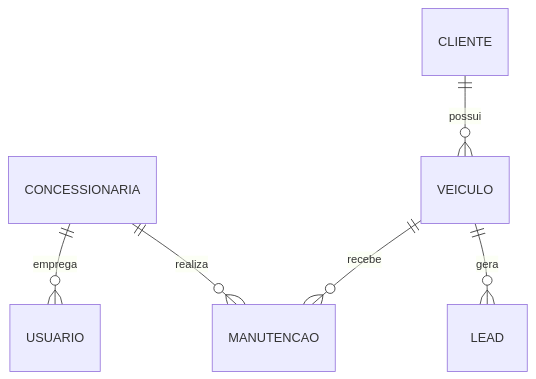
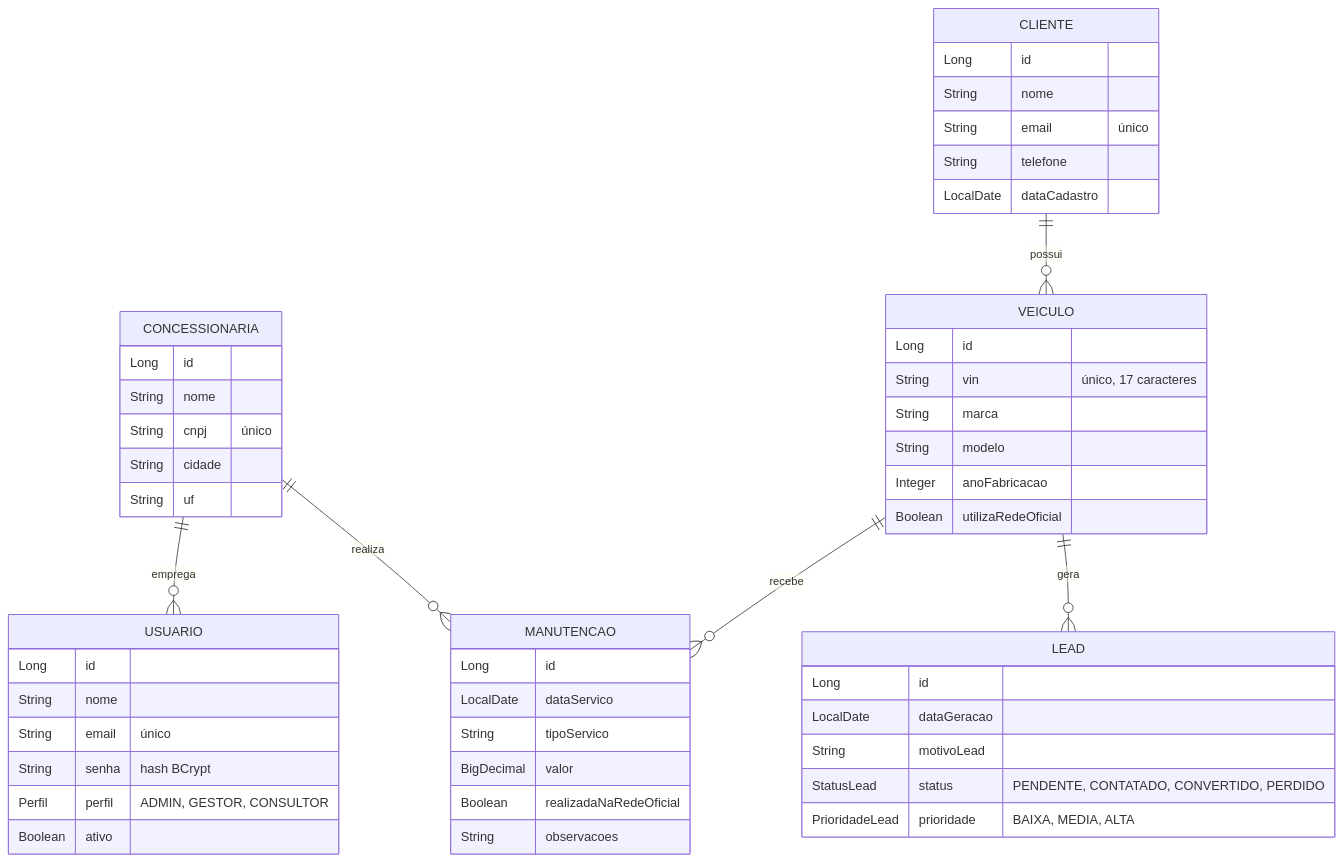
One commit to CezarBacanieski/challenge-java-soa changed the third of 3 diagrams in README.md. Above: the diagram before and after it, drawn with Mermaid. The commit also changed other lines of this file, not shown here.

````diff
--- a/README.md
+++ b/README.md
@@ -135,8 +245,54 @@
 ```mermaid
 erDiagram
     CONCESSIONARIA ||--o{ USUARIO : "emprega"
     CONCESSIONARIA ||--o{ MANUTENCAO : "realiza"
     CLIENTE ||--o{ VEICULO : "possui"
     VEICULO ||--o{ MANUTENCAO : "recebe"
     VEICULO ||--o{ LEAD : "gera"
+
+    CONCESSIONARIA {
+        Long id
+        String nome
+        String cnpj "único"
+        String cidade
+        String uf
+    }
+    USUARIO {
+        Long id
+        String nome
+        String email "único"
+        String senha "hash BCrypt"
+        Perfil perfil "ADMIN, GESTOR, CONSULTOR"
+        Boolean ativo
+    }
+    CLIENTE {
+        Long id
+        String nome
+        String email "único"
+        String telefone
+        LocalDate dataCadastro
+    }
+    VEICULO {
+        Long id
+        String vin "único, 17 caracteres"
+        String marca
+        String modelo
+        Integer anoFabricacao
+        Boolean utilizaRedeOficial
+    }
+    MANUTENCAO {
+        Long id
+        LocalDate dataServico
+        String tipoServico
+        BigDecimal valor
+        Boolean realizadaNaRedeOficial
+        String observacoes
+    }
+    LEAD {
+        Long id
+        LocalDate dataGeracao
+        String motivoLead
+        StatusLead status "PENDENTE, CONTATADO, CONVERTIDO, PERDIDO"
+        PrioridadeLead prioridade "BAIXA, MEDIA, ALTA"
+    }
 ```
````
